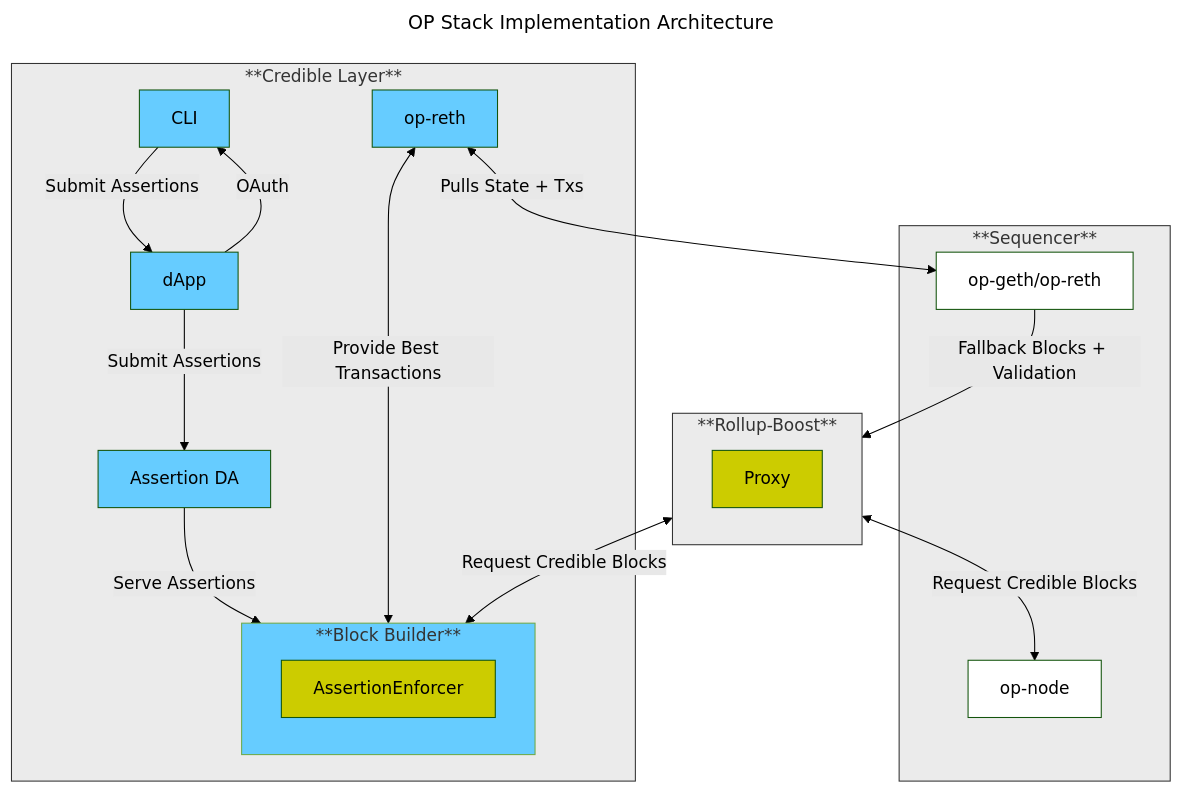
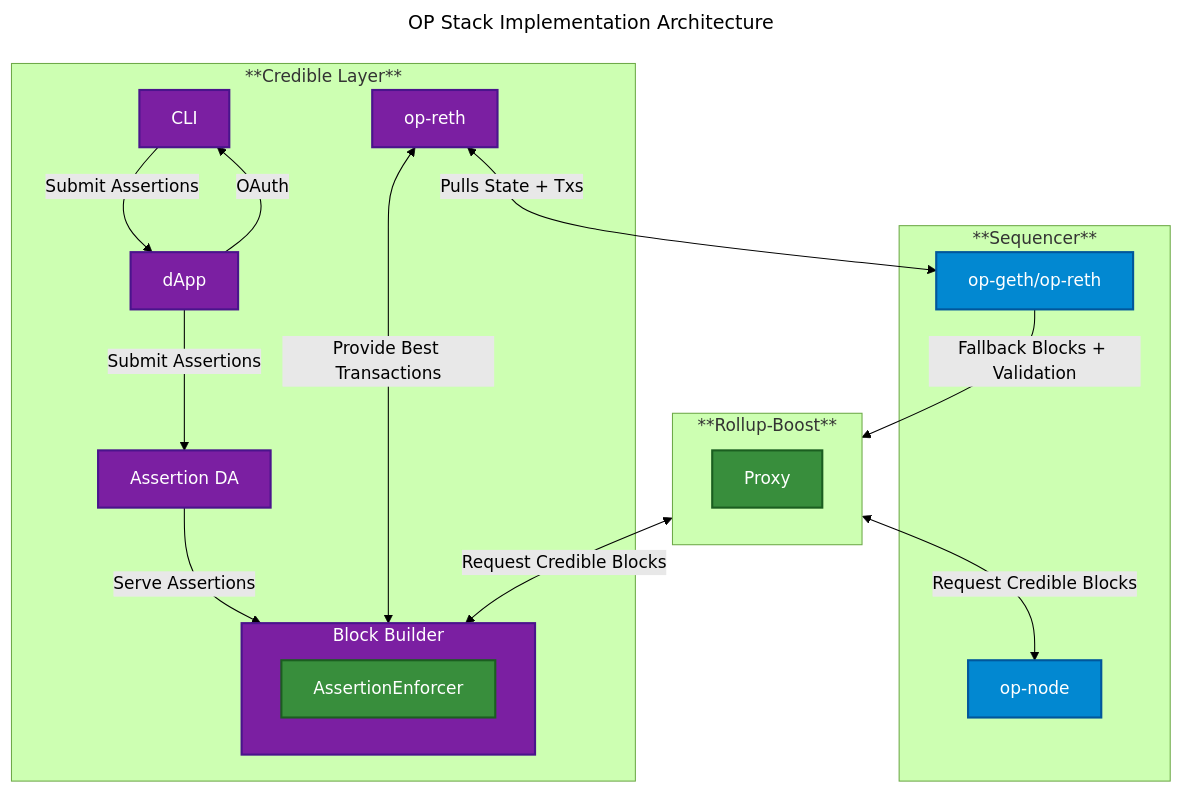
The second of 2 diagrams in credible/architecture.mdx (phylaxsystems/phylax-docs), drawn with Mermaid (forest theme) before and after one commit. The commit also changed other lines of this file and 2 other files, not shown here.

Commit message:
update color highlight for theme to phylax blue, fix colors of mermaid diagrams to work in light and dark mode

````diff
--- a/credible/architecture.mdx
+++ b/credible/architecture.mdx
@@ -103,54 +103,45 @@
 ```mermaid
 ---
 title: OP Stack Implementation Architecture
 ---
 flowchart TD
 
-%% Set default styles
-classDef default fill:#fff,color:black
-classDef deployed fill:#66ccff
-classDef dependency fill:#cccc00
-classDef subgraphStyle fill:#EBEBEB,stroke:#333,color:#333
+classDef sequencer fill:#0288d1,stroke:#01579b,stroke-width:2px,color:#fff
+classDef credible fill:#7b1fa2,stroke:#4a148c,stroke-width:2px,color:#fff
+classDef rollupBoost fill:#388e3c,stroke:#1b5e20,stroke-width:2px,color:#fff
 
 subgraph Sequencer[**Sequencer**]
     SequencerCL[op-node]
     SequencerEL[op-geth/op-reth]
 end
 
 subgraph CredibleLayer[**Credible Layer**]
-    AssertionEnforcerBlockBuilder[Block Builder]
     AssertionEnforcerEL[op-reth]
     AssertionEnforcerCLI[CLI]
     AssertionEnforcerDapp[dApp]
     AssertionDA[Assertion DA]
-end
-
-subgraph AssertionEnforcerBlockBuilder[**Block Builder**]
-    AssertionEnforcer
+    subgraph AssertionEnforcerBlockBuilder[Block Builder]
+        AssertionEnforcer
+    end
 end
 
 subgraph RollupBoost[**Rollup-Boost**]
     RollupBoostProxy[Proxy]
 end
 
 SequencerEL --> |Fallback Blocks + Validation| RollupBoost
 
 AssertionDA --> |Serve Assertions| AssertionEnforcerBlockBuilder
 AssertionEnforcerCLI --> |Submit Assertions| AssertionEnforcerDapp
 AssertionEnforcerDapp --> |OAuth| AssertionEnforcerCLI
 AssertionEnforcerDapp --> |Submit Assertions| AssertionDA
 
 AssertionEnforcerEL <--> |Pulls State + Txs| SequencerEL
 AssertionEnforcerEL <--> |Provide Best Transactions| AssertionEnforcerBlockBuilder
 RollupBoost <--> |Request Credible Blocks| AssertionEnforcerBlockBuilder
 RollupBoost <--> |Request Credible Blocks| SequencerCL
 
-
-
-%% Style all nodes and text to be dark
-class SequencerCL,SequencerEL default
-class AssertionEnforcerBlockBuilder,AssertionEnforcerEL,AssertionEnforcerCLI,AssertionEnforcerDapp,AssertionDA deployed
-class RollupBoostProxy,AssertionEnforcer dependency
-
-class Sequencer,CredibleLayer,RollupBoost subgraphStyle
+class SequencerCL,SequencerEL sequencer
+class AssertionEnforcerBlockBuilder,AssertionEnforcerEL,AssertionEnforcerCLI,AssertionEnforcerDapp,AssertionDA credible
+class RollupBoostProxy,AssertionEnforcer rollupBoost
 ```
````
